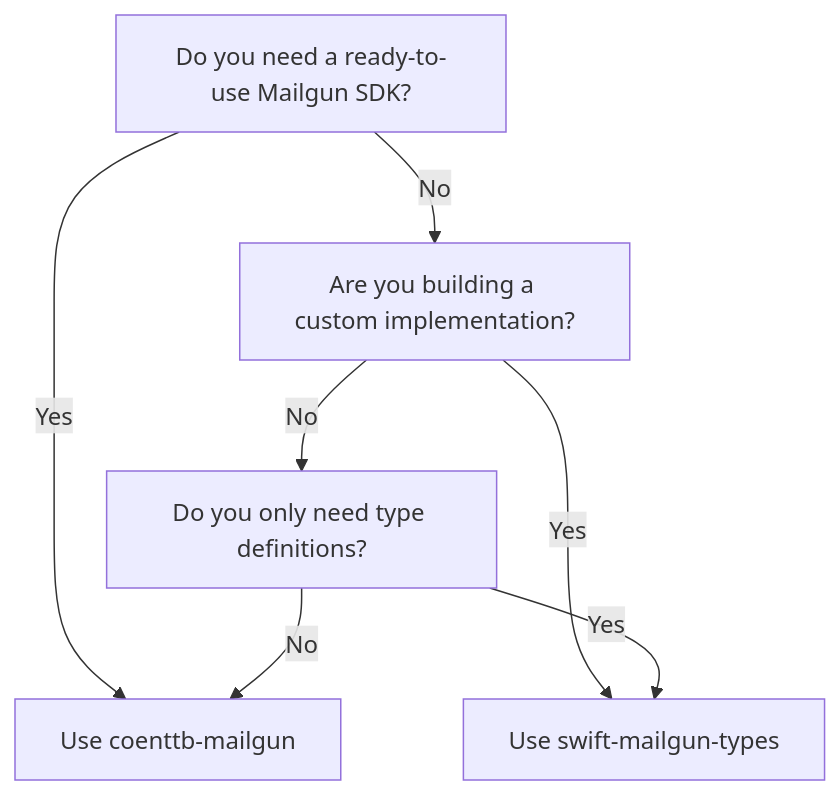
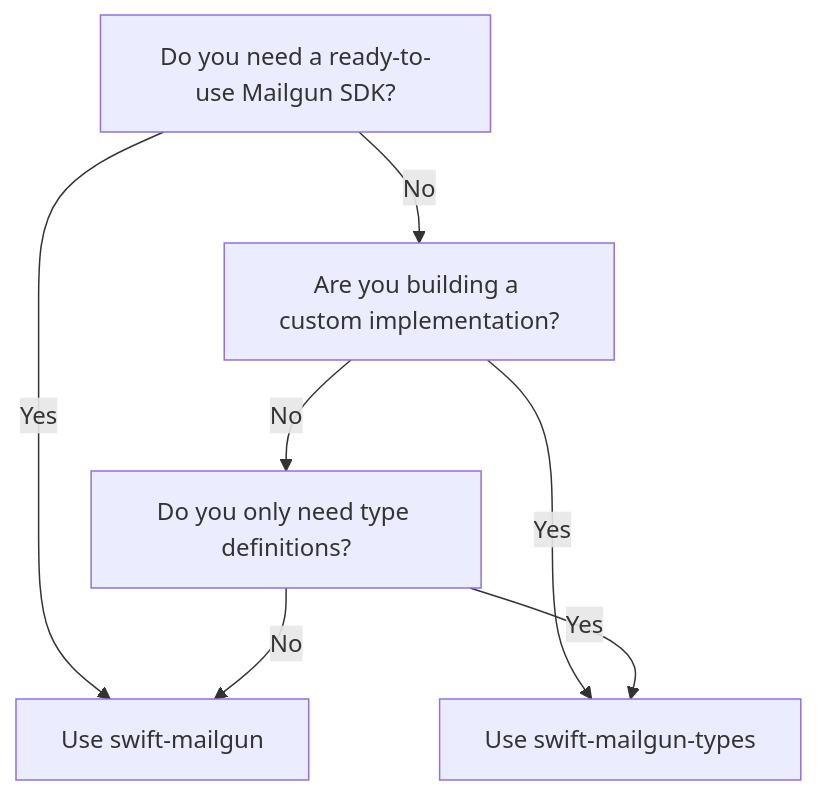
The diagram in README.md (coenttb/swift-mailgun-types), drawn with Mermaid before and after one commit. The commit also changed other lines of this file and 110 other files, not shown here.

First line of the commit message:
docs: update for 0.2.0 release with three-package architecture

````diff
--- a/README.md
+++ b/README.md
@@ -59,9 +59,9 @@
 ```mermaid
 graph TD
-    A[Do you need a ready-to-use Mailgun SDK?] -->|Yes| B[Use coenttb-mailgun]
+    A[Do you need a ready-to-use Mailgun SDK?] -->|Yes| B[Use swift-mailgun]
     A -->|No| C[Are you building a custom implementation?]
     C -->|Yes| D[Use swift-mailgun-types]
     C -->|No| E[Do you only need type definitions?]
     E -->|Yes| D
     E -->|No| B
 ```
````
